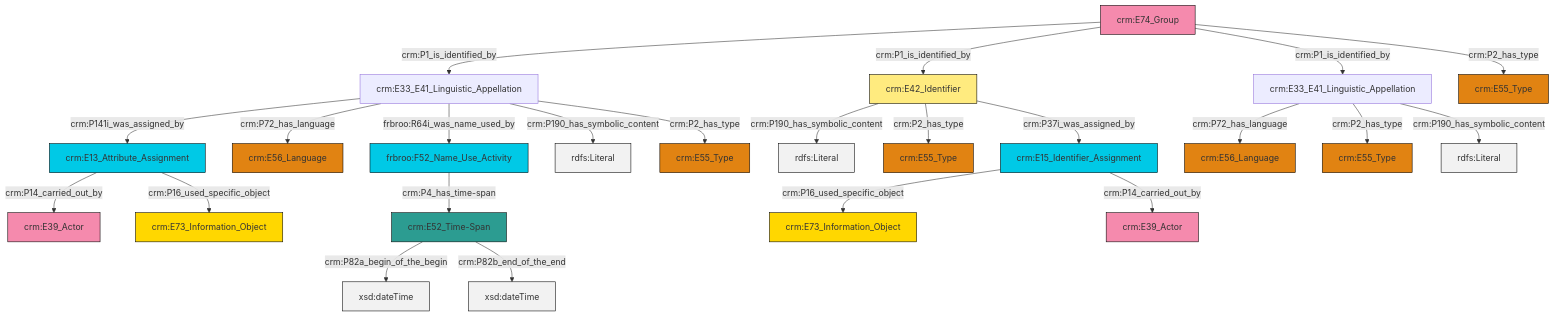
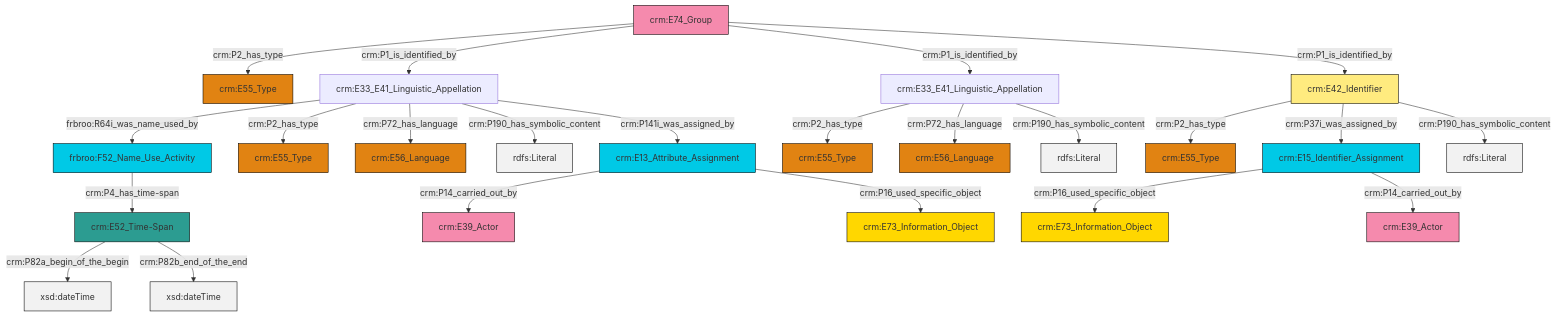
One commit to swiss-art-research-net/reference-data-models changed the diagram in et/groupCSV/ttl/mmd/group_name.ttl.mmd. Above: the diagram before and after it, drawn with Mermaid. The commit also changed 128 other files, not shown here.

```diff
--- a/et/groupCSV/ttl/mmd/group_name.ttl.mmd
+++ b/et/groupCSV/ttl/mmd/group_name.ttl.mmd
@@ -1,37 +1,37 @@
 graph TD
 classDef Literal fill:#f2f2f2,stroke:#000000;
 classDef CRM_Entity fill:#FFFFFF,stroke:#000000;
 classDef Temporal_Entity fill:#00C9E6, stroke:#000000;
 classDef Type fill:#E18312, stroke:#000000;
 classDef Time-Span fill:#2C9C91, stroke:#000000;
 classDef Appellation fill:#FFEB7F, stroke:#000000;
 classDef Place fill:#008836, stroke:#000000;
 classDef Persistent_Item fill:#B266B2, stroke:#000000;
 classDef Conceptual_Object fill:#FFD700, stroke:#000000;
 classDef Physical_Thing fill:#D2B48C, stroke:#000000;
 classDef Actor fill:#f58aad, stroke:#000000;
 classDef PC_Classes fill:#4ce600, stroke:#000000;
 classDef Multi fill:#cccccc,stroke:#000000;
 
-4["crm:E74_Group"]:::Actor -->|crm:P1_is_identified_by| 5["crm:E33_E41_Linguistic_Appellation"]:::Default
-5["crm:E33_E41_Linguistic_Appellation"]:::Default -->|crm:P141i_was_assigned_by| 6["crm:E13_Attribute_Assignment"]:::Temporal_Entity
-11["crm:E15_Identifier_Assignment"]:::Temporal_Entity -->|crm:P16_used_specific_object| 12["crm:E73_Information_Object"]:::Conceptual_Object
-5["crm:E33_E41_Linguistic_Appellation"]:::Default -->|crm:P72_has_language| 13["crm:E56_Language"]:::Type
-6["crm:E13_Attribute_Assignment"]:::Temporal_Entity -->|crm:P14_carried_out_by| 9["crm:E39_Actor"]:::Actor
-11["crm:E15_Identifier_Assignment"]:::Temporal_Entity -->|crm:P14_carried_out_by| 19["crm:E39_Actor"]:::Actor
-0["crm:E33_E41_Linguistic_Appellation"]:::Default -->|crm:P72_has_language| 20["crm:E56_Language"]:::Type
-5["crm:E33_E41_Linguistic_Appellation"]:::Default -->|frbroo:R64i_was_name_used_by| 21["frbroo:F52_Name_Use_Activity"]:::Temporal_Entity
-7["crm:E42_Identifier"]:::Appellation -->|crm:P190_has_symbolic_content| 25[rdfs:Literal]:::Literal
-6["crm:E13_Attribute_Assignment"]:::Temporal_Entity -->|crm:P16_used_specific_object| 2["crm:E73_Information_Object"]:::Conceptual_Object
-0["crm:E33_E41_Linguistic_Appellation"]:::Default -->|crm:P2_has_type| 23["crm:E55_Type"]:::Type
-21["frbroo:F52_Name_Use_Activity"]:::Temporal_Entity -->|crm:P4_has_time-span| 29["crm:E52_Time-Span"]:::Time-Span
-7["crm:E42_Identifier"]:::Appellation -->|crm:P2_has_type| 14["crm:E55_Type"]:::Type
-29["crm:E52_Time-Span"]:::Time-Span -->|crm:P82a_begin_of_the_begin| 32[xsd:dateTime]:::Literal
-4["crm:E74_Group"]:::Actor -->|crm:P1_is_identified_by| 7["crm:E42_Identifier"]:::Appellation
-4["crm:E74_Group"]:::Actor -->|crm:P1_is_identified_by| 0["crm:E33_E41_Linguistic_Appellation"]:::Default
-29["crm:E52_Time-Span"]:::Time-Span -->|crm:P82b_end_of_the_end| 35[xsd:dateTime]:::Literal
-7["crm:E42_Identifier"]:::Appellation -->|crm:P37i_was_assigned_by| 11["crm:E15_Identifier_Assignment"]:::Temporal_Entity
-4["crm:E74_Group"]:::Actor -->|crm:P2_has_type| 30["crm:E55_Type"]:::Type
-5["crm:E33_E41_Linguistic_Appellation"]:::Default -->|crm:P190_has_symbolic_content| 38[rdfs:Literal]:::Literal
-0["crm:E33_E41_Linguistic_Appellation"]:::Default -->|crm:P190_has_symbolic_content| 40[rdfs:Literal]:::Literal
-5["crm:E33_E41_Linguistic_Appellation"]:::Default -->|crm:P2_has_type| 17["crm:E55_Type"]:::Type
+4["crm:E33_E41_Linguistic_Appellation"]:::Default -->|frbroo:R64i_was_name_used_by| 5["frbroo:F52_Name_Use_Activity"]:::Temporal_Entity
+6["crm:E15_Identifier_Assignment"]:::Temporal_Entity -->|crm:P16_used_specific_object| 8["crm:E73_Information_Object"]:::Conceptual_Object
+9["crm:E33_E41_Linguistic_Appellation"]:::Default -->|crm:P2_has_type| 10["crm:E55_Type"]:::Type
+4["crm:E33_E41_Linguistic_Appellation"]:::Default -->|crm:P2_has_type| 11["crm:E55_Type"]:::Type
+5["frbroo:F52_Name_Use_Activity"]:::Temporal_Entity -->|crm:P4_has_time-span| 2["crm:E52_Time-Span"]:::Time-Span
+16["crm:E13_Attribute_Assignment"]:::Temporal_Entity -->|crm:P14_carried_out_by| 14["crm:E39_Actor"]:::Actor
+0["crm:E74_Group"]:::Actor -->|crm:P2_has_type| 19["crm:E55_Type"]:::Type
+4["crm:E33_E41_Linguistic_Appellation"]:::Default -->|crm:P72_has_language| 21["crm:E56_Language"]:::Type
+16["crm:E13_Attribute_Assignment"]:::Temporal_Entity -->|crm:P16_used_specific_object| 22["crm:E73_Information_Object"]:::Conceptual_Object
+9["crm:E33_E41_Linguistic_Appellation"]:::Default -->|crm:P72_has_language| 23["crm:E56_Language"]:::Type
+12["crm:E42_Identifier"]:::Appellation -->|crm:P2_has_type| 24["crm:E55_Type"]:::Type
+12["crm:E42_Identifier"]:::Appellation -->|crm:P37i_was_assigned_by| 6["crm:E15_Identifier_Assignment"]:::Temporal_Entity
+2["crm:E52_Time-Span"]:::Time-Span -->|crm:P82a_begin_of_the_begin| 25[xsd:dateTime]:::Literal
+9["crm:E33_E41_Linguistic_Appellation"]:::Default -->|crm:P190_has_symbolic_content| 26[rdfs:Literal]:::Literal
+2["crm:E52_Time-Span"]:::Time-Span -->|crm:P82b_end_of_the_end| 29[xsd:dateTime]:::Literal
+4["crm:E33_E41_Linguistic_Appellation"]:::Default -->|crm:P190_has_symbolic_content| 32[rdfs:Literal]:::Literal
+4["crm:E33_E41_Linguistic_Appellation"]:::Default -->|crm:P141i_was_assigned_by| 16["crm:E13_Attribute_Assignment"]:::Temporal_Entity
+0["crm:E74_Group"]:::Actor -->|crm:P1_is_identified_by| 4["crm:E33_E41_Linguistic_Appellation"]:::Default
+0["crm:E74_Group"]:::Actor -->|crm:P1_is_identified_by| 9["crm:E33_E41_Linguistic_Appellation"]:::Default
+12["crm:E42_Identifier"]:::Appellation -->|crm:P190_has_symbolic_content| 40[rdfs:Literal]:::Literal
+0["crm:E74_Group"]:::Actor -->|crm:P1_is_identified_by| 12["crm:E42_Identifier"]:::Appellation
+6["crm:E15_Identifier_Assignment"]:::Temporal_Entity -->|crm:P14_carried_out_by| 37["crm:E39_Actor"]:::Actor
```
